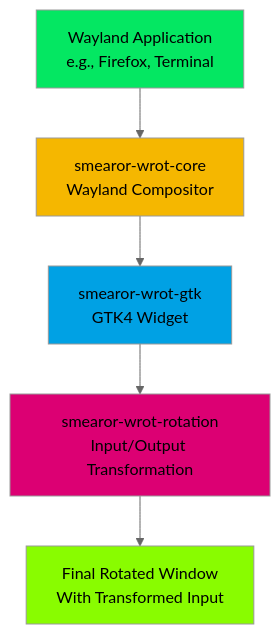
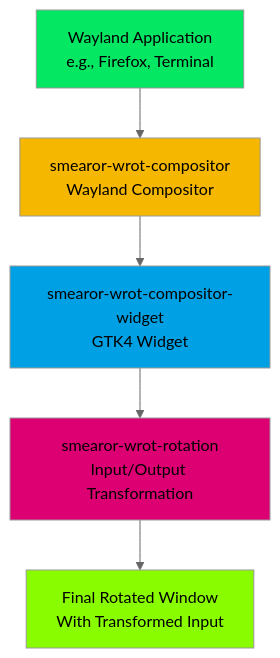
Before and after one commit to smearor/smearor-wrot: the diagram in README.md, drawn with Mermaid (neutral theme). The commit also changed 54 other files, not shown here.

````diff
--- a/README.md
+++ b/README.md
@@ -23,12 +23,12 @@
 ```mermaid
 graph TD
-    A[Wayland Application<br/>e.g., Firefox, Terminal] --> B[smearor-wrot-core<br/>Wayland Compositor]
-    B --> C[smearor-wrot-gtk<br/>GTK4 Widget]
+    A[Wayland Application<br/>e.g., Firefox, Terminal] --> B[smearor-wrot-compositor<br/>Wayland Compositor]
+    B --> C[smearor-wrot-compositor-widget<br/>GTK4 Widget]
     C --> D[smearor-wrot-rotation<br/>Input/Output Transformation]
     D --> E[Final Rotated Window<br/>With Transformed Input]
     style A color: #000000, fill: #04e762
     style B color: #000000, fill: #f5b700
     style C color: #000000, fill: #00a1e4
     style D color: #000000, fill: #dc0073
     style E color: #000000, fill: #89fc00
 ```
````
